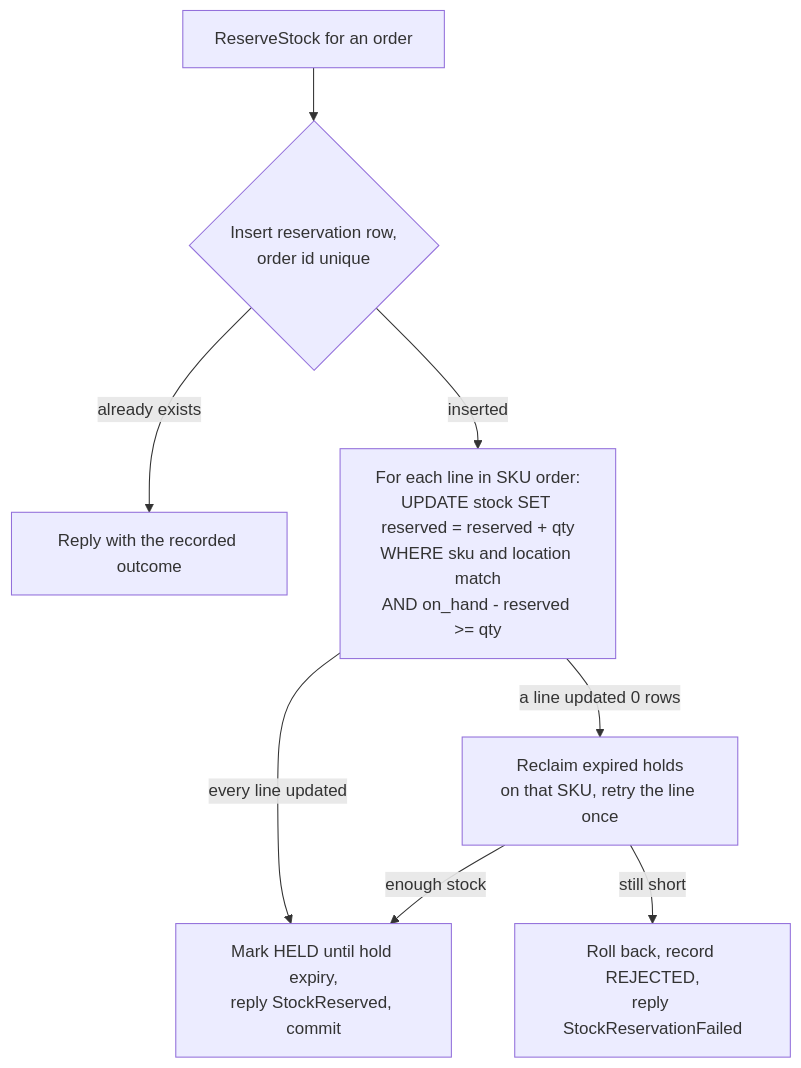
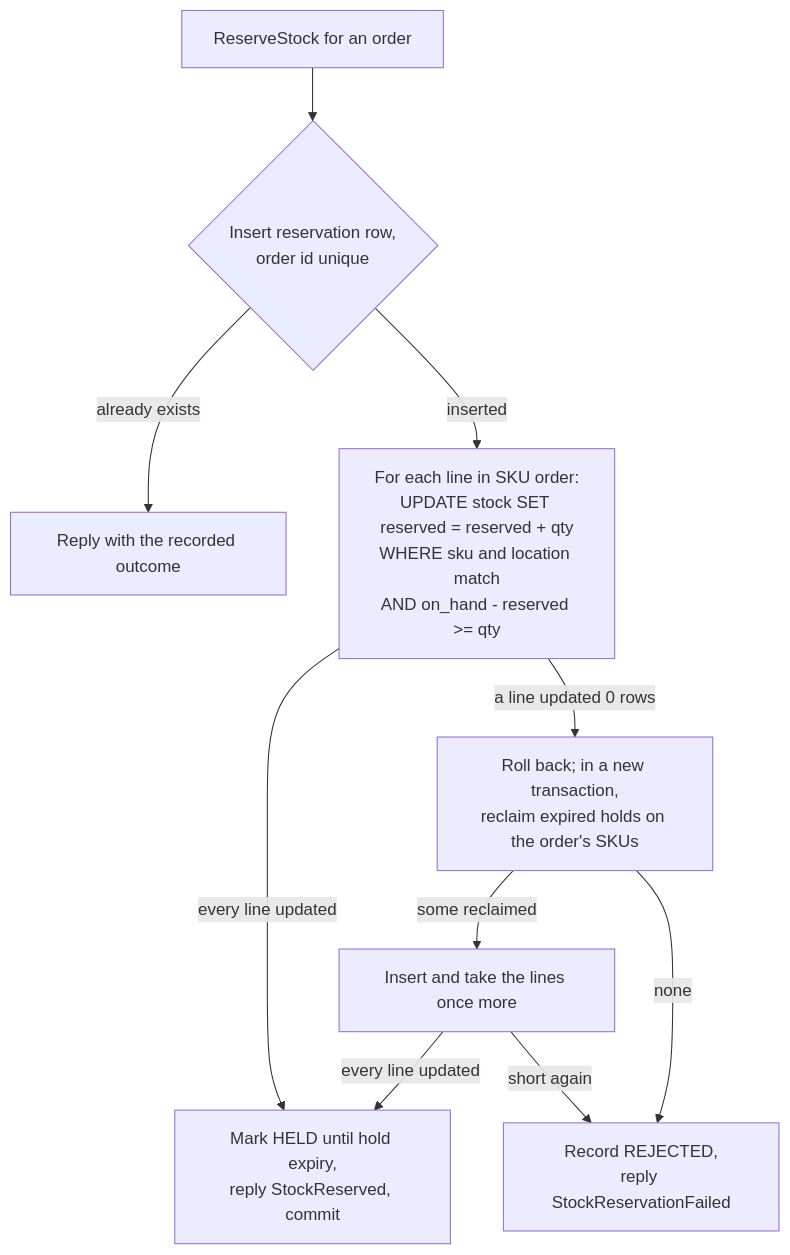
One commit to Deepika-1201/ecommerce-order-system changed the fourth of 8 diagrams in docs/architecture.md. Above: the diagram before and after it, drawn with Mermaid. The commit also changed other lines of this file and 11 other files, not shown here.

````diff
--- a/docs/architecture.md
+++ b/docs/architecture.md
@@ -195,10 +195,12 @@
 ```mermaid
 flowchart TD
     cmd["ReserveStock for an order"] --> ins{"Insert reservation row,<br/>order id unique"}
     ins -->|already exists| same["Reply with the recorded outcome"]
     ins -->|inserted| loop["For each line in SKU order:<br/>UPDATE stock SET reserved = reserved + qty<br/>WHERE sku and location match<br/>AND on_hand - reserved >= qty"]
     loop -->|every line updated| held["Mark HELD until hold expiry,<br/>reply StockReserved, commit"]
-    loop -->|a line updated 0 rows| reclaim["Reclaim expired holds<br/>on that SKU, retry the line once"]
-    reclaim -->|enough stock| held
-    reclaim -->|still short| rb["Roll back, record REJECTED,<br/>reply StockReservationFailed"]
+    loop -->|a line updated 0 rows| reclaim["Roll back; in a new transaction,<br/>reclaim expired holds on the order's SKUs"]
+    reclaim -->|some reclaimed| retry["Insert and take the lines once more"]
+    retry -->|every line updated| held
+    retry -->|short again| rb["Record REJECTED,<br/>reply StockReservationFailed"]
+    reclaim -->|none| rb
 ```
````
